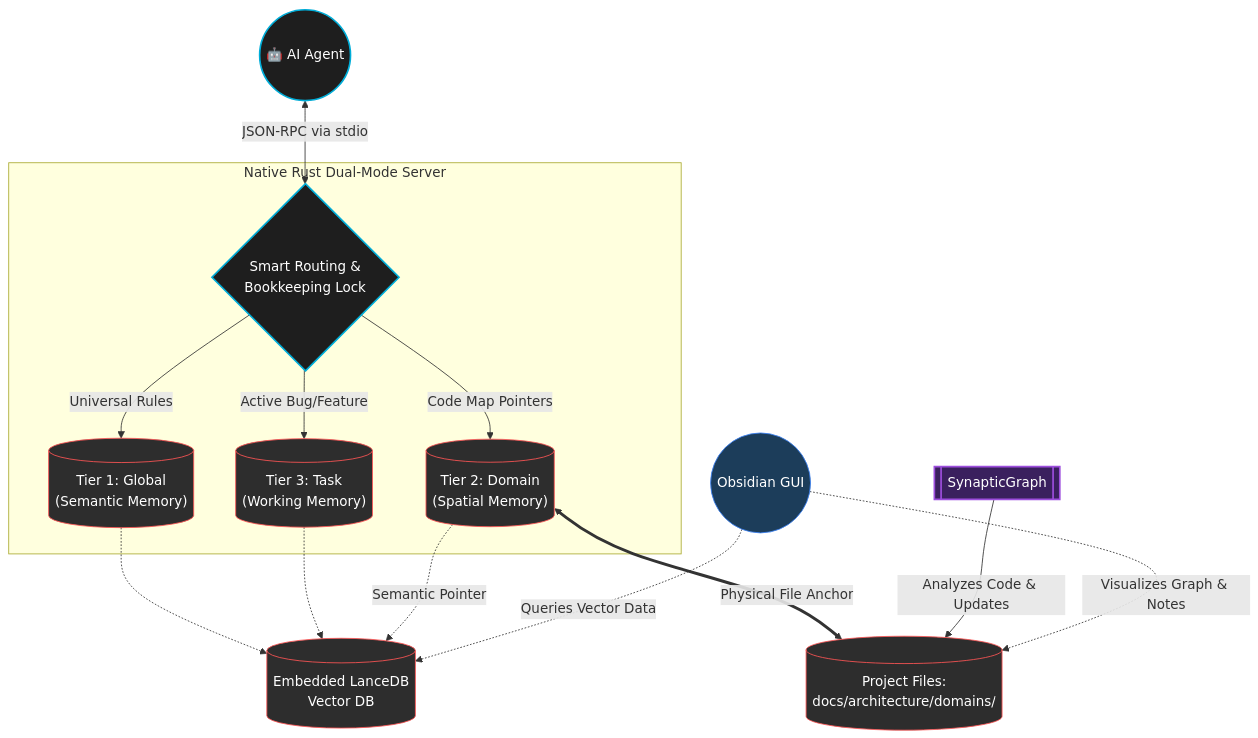
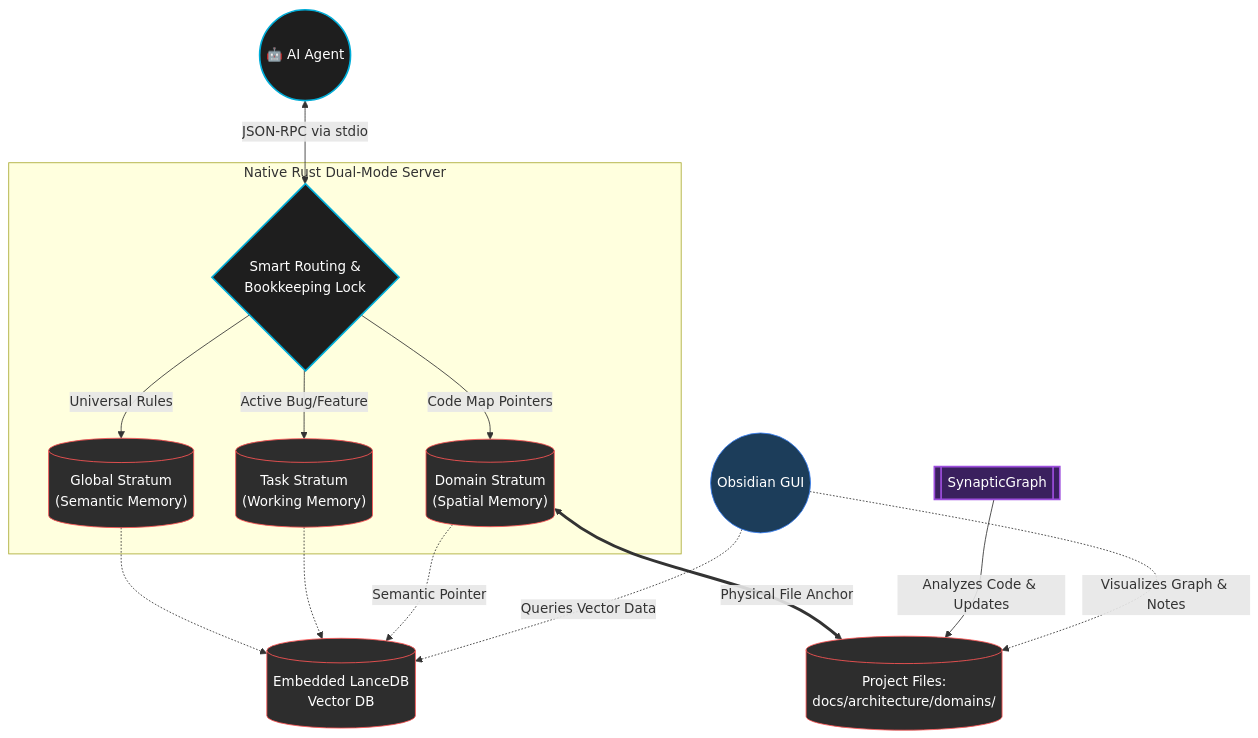
The diagram in README.md (Cognilogical/NeuroStrata), drawn with Mermaid before and after one commit. The commit also changed other lines of this file and 1 other file, not shown here.

````diff
--- a/README.md
+++ b/README.md
@@ -73,42 +73,42 @@
 ```mermaid
 graph TD
     Agent((🤖 AI Agent))
     
     subgraph NeuroStrataServer [Native Rust Dual-Mode Server]
         Router{Smart Routing &<br/>Bookkeeping Lock}
         
-        Tier1[("Tier 1: Global<br/>(Semantic Memory)")]
-        Tier2[("Tier 2: Domain<br/>(Spatial Memory)")]
-        Tier3[("Tier 3: Task<br/>(Working Memory)")]
+        Tier1[("Global Stratum<br/>(Semantic Memory)")]
+        Tier2[("Domain Stratum<br/>(Spatial Memory)")]
+        Tier3[("Task Stratum<br/>(Working Memory)")]
     end
     
     LanceDB[(Embedded LanceDB<br/>Vector DB)]
     PointerWiki[(Project Files:<br/>docs/architecture/domains/)]
     Obsidian((Obsidian GUI))
     SynapticGraph[[SynapticGraph]]
     
     Agent <-->|JSON-RPC via stdio| Router
     Router -->|Universal Rules| Tier1
     Router -->|Code Map Pointers| Tier2
     Router -->|Active Bug/Feature| Tier3
     
     Tier1 -.-> LanceDB
     Tier3 -.-> LanceDB
     Tier2 -.->|Semantic Pointer| LanceDB
     Tier2 <==>|Physical File Anchor| PointerWiki
     
     SynapticGraph -->|Analyzes Code & Updates| PointerWiki
     
     Obsidian -.->|Visualizes Graph & Notes| PointerWiki
     Obsidian -.->|Queries Vector Data| LanceDB
 
     classDef core fill:#1e1e1e,stroke:#00ADD8,stroke-width:2px,color:#fff;
     classDef memory fill:#2d2d2d,stroke:#ff5555,stroke-width:1px,color:#fff;
     classDef engine fill:#3a205e,stroke:#9d4edd,stroke-width:2px,color:#fff;
     classDef tool fill:#1c3d5a,stroke:#3b82f6,stroke-width:1px,color:#fff;
     
     class Agent,Router core;
     class Tier1,Tier2,Tier3,LanceDB,PointerWiki memory;
     class SynapticGraph engine;
     class Obsidian tool;
 ```
````
